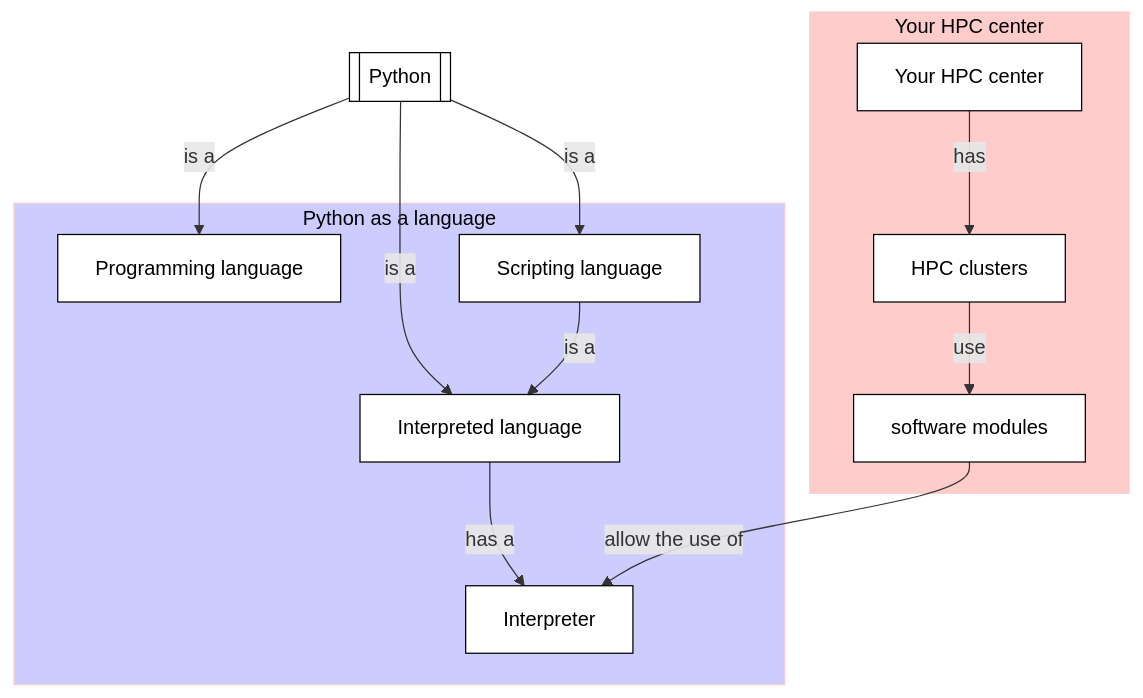
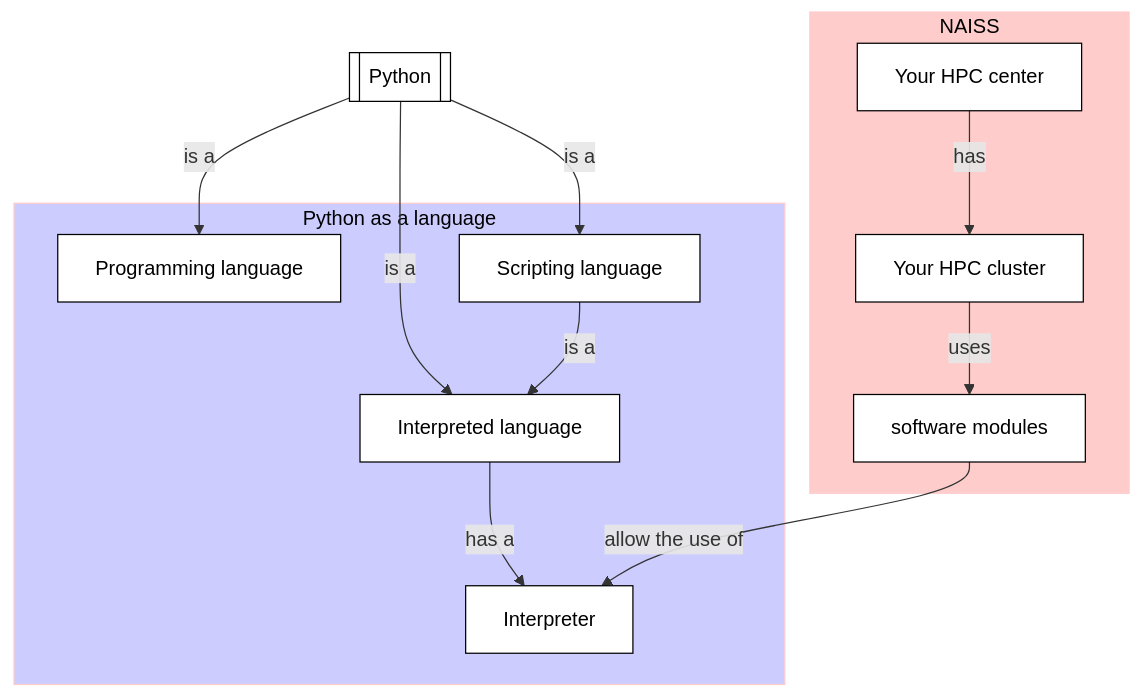
The diagram in docs/sessions/using_the_python_interpreter.md (UPPMAX/uppmax_intro_python), drawn with Mermaid before and after one commit.

Commit message:
Make NAISS wide

````diff
--- a/docs/sessions/using_the_python_interpreter.md
+++ b/docs/sessions/using_the_python_interpreter.md
@@ -63,54 +63,54 @@
 ```mermaid
-flowchart TD
-    python[[Python]]
+    flowchart TD
+        python[[Python]]
 
-    %% Give a white background to all nodes, instead of a transparent one
-    classDef node fill:#fff,color:#000,stroke:#000
+        %% Give a white background to all nodes, instead of a transparent one
+        classDef node fill:#fff,color:#000,stroke:#000
 
-    subgraph sub_programming_language[Python as a language]
-      interpreted_language[Interpreted language]
-      programming_language[Programming language]
-      scripting_language[Scripting language]
-      interpreter[Interpreter]
-      %% scripts[Scripts]
-      %% text_files[Text files]
-    end
-    style sub_programming_language fill:#ccf,color:#000,stroke:#fcc
+        subgraph sub_programming_language[Python as a language]
+        interpreted_language[Interpreted language]
+        programming_language[Programming language]
+        scripting_language[Scripting language]
+        interpreter[Interpreter]
+        %% scripts[Scripts]
+        %% text_files[Text files]
+        end
+        style sub_programming_language fill:#ccf,color:#000,stroke:#fcc
 
 
-    subgraph sub_uppmax[Your HPC center]
-      uppmax[Your HPC center]
-      uppmax_modules[software modules]
-      uppmax_clusters[HPC clusters]
-      %% text_editors[Text editors]
-      %%x_forwarding[X-forwarding]
-      %%remote_desktop[Remote desktop]
-    end
-    style sub_uppmax fill:#fcc,color:#000,stroke:#fcc
+        subgraph sub_naiss[NAISS]
+        your_hpc_center[Your HPC center]
+        your_hpc_cluster[Your HPC cluster]
+        modules[software modules]
+        %% text_editors[Text editors]
+        %%x_forwarding[X-forwarding]
+        %%remote_desktop[Remote desktop]
+        end
+        style sub_naiss fill:#fcc,color:#000,stroke:#fcc
 
-    python --> |is a| programming_language
-    python --> |is a| interpreted_language
-    python --> |is a| scripting_language
+        python --> |is a| programming_language
+        python --> |is a| interpreted_language
+        python --> |is a| scripting_language
 
-    %% programming_language --> |uses| text_files
-    interpreted_language --> |has a| interpreter
-    scripting_language --> |is a|interpreted_language
-    %% scripting_language --> |runs| scripts
-    %% scripts --> |are| text_files
-    %% scripts --> |can use| command_line_arguments
+        %% programming_language --> |uses| text_files
+        interpreted_language --> |has a| interpreter
+        scripting_language --> |is a|interpreted_language
+        %% scripting_language --> |runs| scripts
+        %% scripts --> |are| text_files
+        %% scripts --> |can use| command_line_arguments
 
-    uppmax --> |has| uppmax_clusters
-    uppmax_clusters --> |use| uppmax_modules
-    %%uppmax_clusters --> |have| text_editors
-    %%uppmax_clusters --> |allow| x_forwarding
-    %%uppmax_clusters --> |has| remote_desktop
-    %% uppmax_modules --> |allow the use of| python_packages
-    uppmax_modules --> |allow the use of| interpreter
+        your_hpc_center --> |has| your_hpc_cluster
+        your_hpc_cluster --> |uses| modules
+        %%uppmax_clusters --> |have| text_editors
+        %%uppmax_clusters --> |allow| x_forwarding
+        %%uppmax_clusters --> |has| remote_desktop
+        %% uppmax_modules --> |allow the use of| python_packages
+        modules --> |allow the use of| interpreter
 
-    %% text_editors --> |work on|text_files
-    %%x_forwarding --> |allows|graphics
-    %%remote_desktop --> |allows|graphics
+        %% text_editors --> |work on|text_files
+        %%x_forwarding --> |allows|graphics
+        %%remote_desktop --> |allows|graphics
 
 
-    %% variables ~~~ uppmax
+        %% variables ~~~ uppmax
 ```
````
